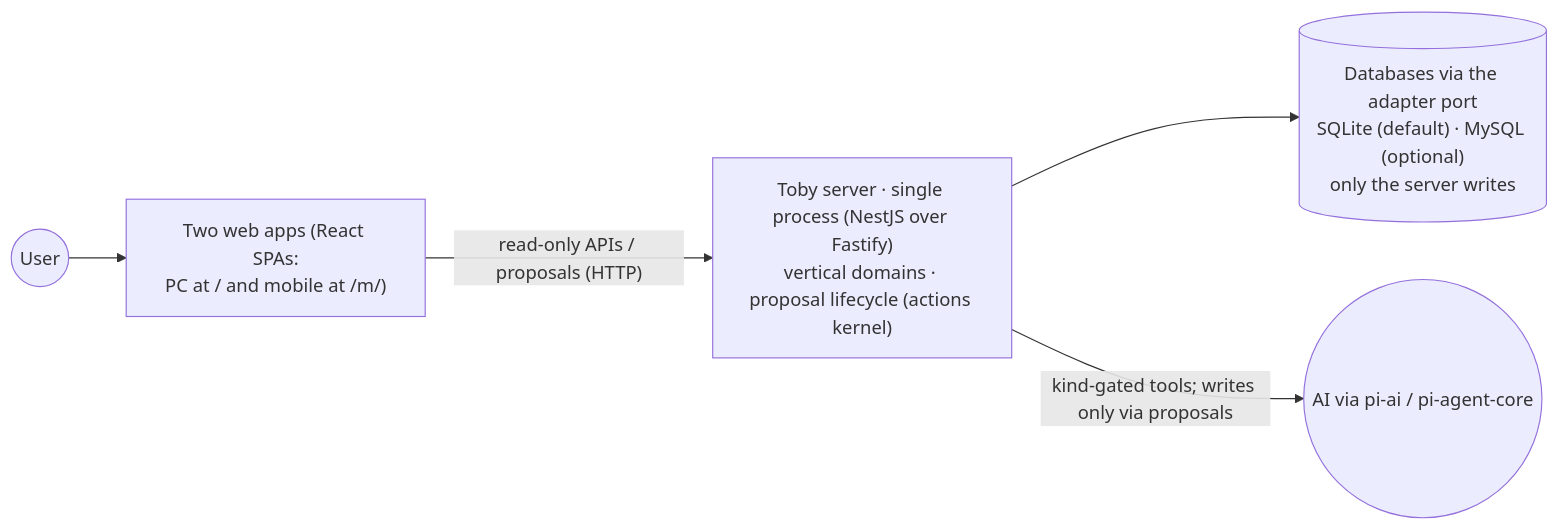
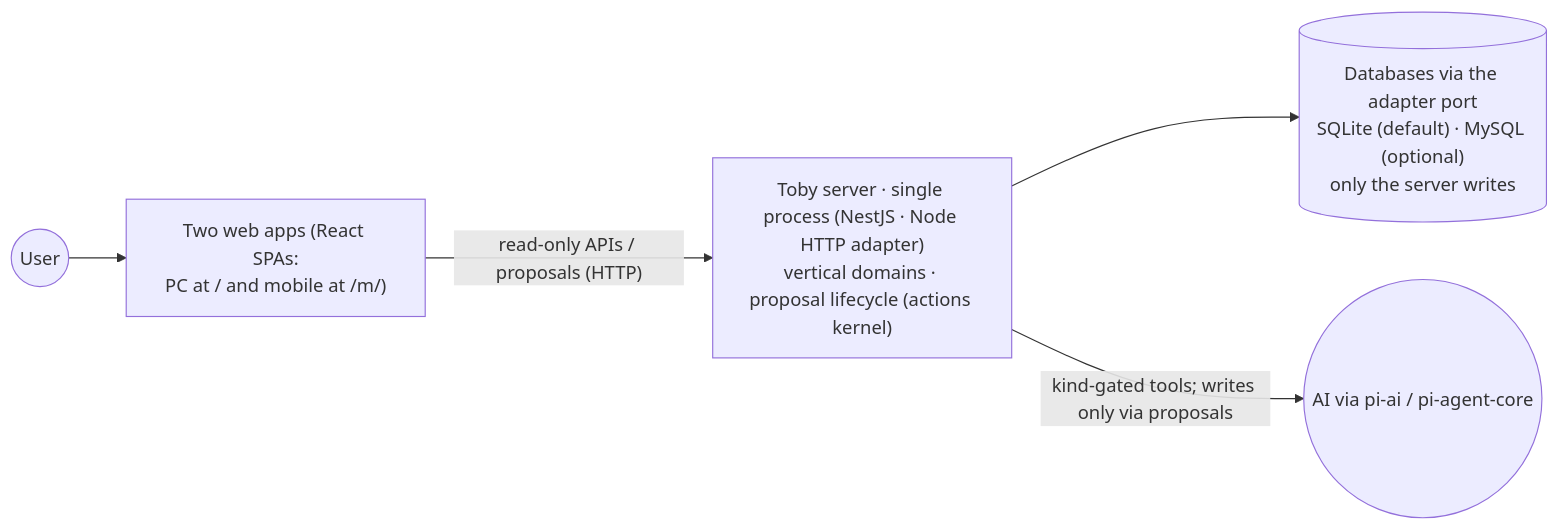
Before and after one commit to dengyusys/toby: the first of 3 diagrams in docs/system-overview.md, drawn with Mermaid. The commit also changed other lines of this file and 129 other files, not shown here.

Commit message:
refactor(server): align the server with Nest idioms

````diff
--- a/docs/system-overview.md
+++ b/docs/system-overview.md
@@ -23,7 +23,7 @@
 ```mermaid
 flowchart LR
     U(("User")) --> W["Two web apps (React SPAs:<br/>PC at / and mobile at /m/)"]
-    W -->|"read-only APIs / proposals (HTTP)"| S["Toby server · single process (NestJS over Fastify)<br/>vertical domains · proposal lifecycle (actions kernel)"]
+    W -->|"read-only APIs / proposals (HTTP)"| S["Toby server · single process (NestJS · Node HTTP adapter)<br/>vertical domains · proposal lifecycle (actions kernel)"]
     S --> DB[("Databases via the adapter port<br/>SQLite (default) · MySQL (optional)<br/>only the server writes")]
     S -->|"kind-gated tools; writes only via proposals"| AI(("AI via pi-ai / pi-agent-core"))
 ```
````
